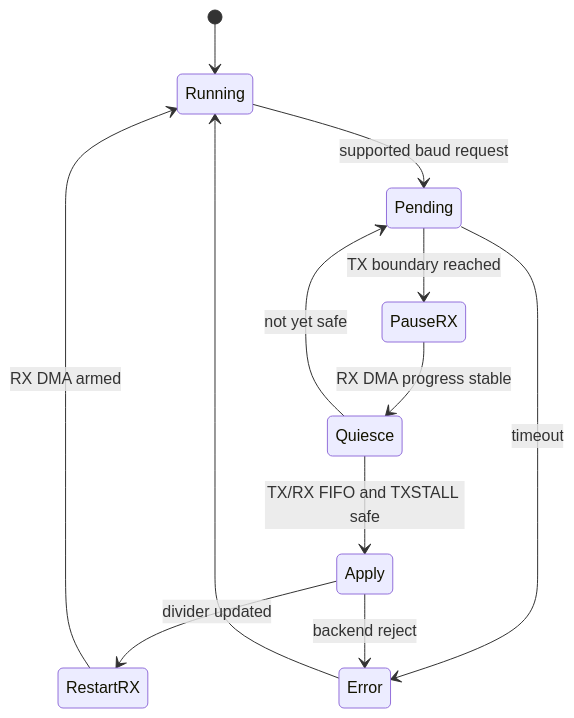
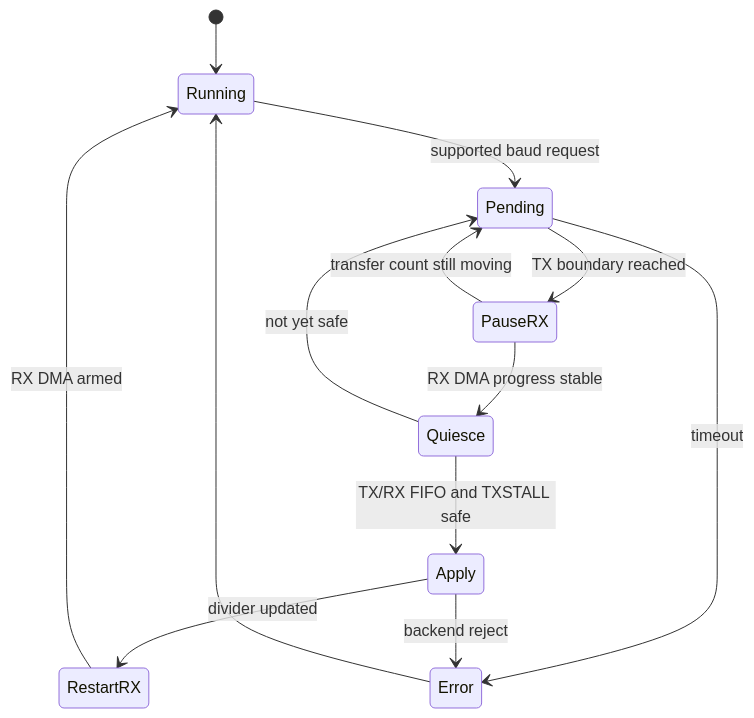
Before and after one commit to djwinter29-oss/PicoUart: the fourth of 4 diagrams in docs/detail/pio-uart-design.md, drawn with Mermaid. The commit also changed other lines of this file and 14 other files, not shown here.

````diff
--- a/docs/detail/pio-uart-design.md
+++ b/docs/detail/pio-uart-design.md
@@ -161,14 +163,15 @@
 ```mermaid
 stateDiagram-v2
   [*] --> Running
   Running --> Pending: supported baud request
   Pending --> PauseRX: TX boundary reached
   PauseRX --> Quiesce: RX DMA progress stable
+  PauseRX --> Pending: transfer count still moving
   Quiesce --> Apply: TX/RX FIFO and TXSTALL safe
   Quiesce --> Pending: not yet safe
   Apply --> RestartRX: divider updated
   RestartRX --> Running: RX DMA armed
   Pending --> Error: timeout
   Apply --> Error: backend reject
   Error --> Running
 ```
````
